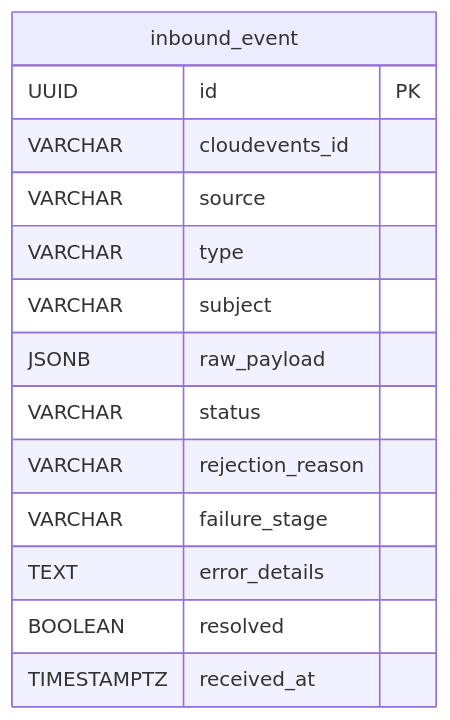
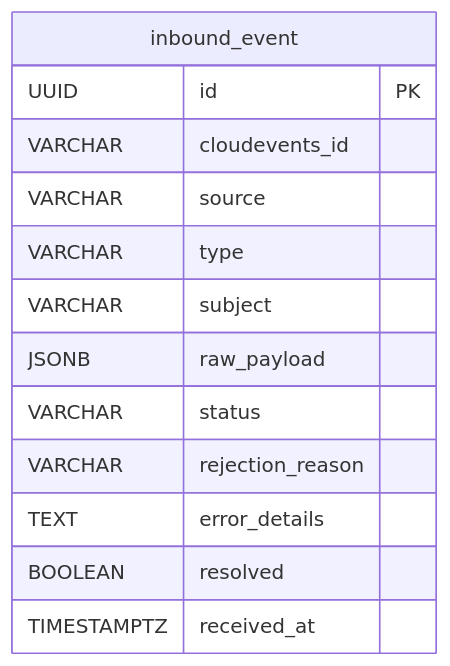
Before and after one commit to Jayaprakash8887/cce-collector-service: the sixth of 7 diagrams in docs/flow-diagrams.md, drawn with Mermaid. The commit also changed other lines of this file and 5 other files, not shown here.

````diff
--- a/docs/flow-diagrams.md
+++ b/docs/flow-diagrams.md
@@ -204,17 +193,16 @@
 ```mermaid
 erDiagram
     inbound_event {
         UUID id PK
         VARCHAR cloudevents_id
         VARCHAR source
         VARCHAR type
         VARCHAR subject
         JSONB raw_payload
         VARCHAR status
         VARCHAR rejection_reason
-        VARCHAR failure_stage
         TEXT error_details
         BOOLEAN resolved
         TIMESTAMPTZ received_at
     }
 ```
````
